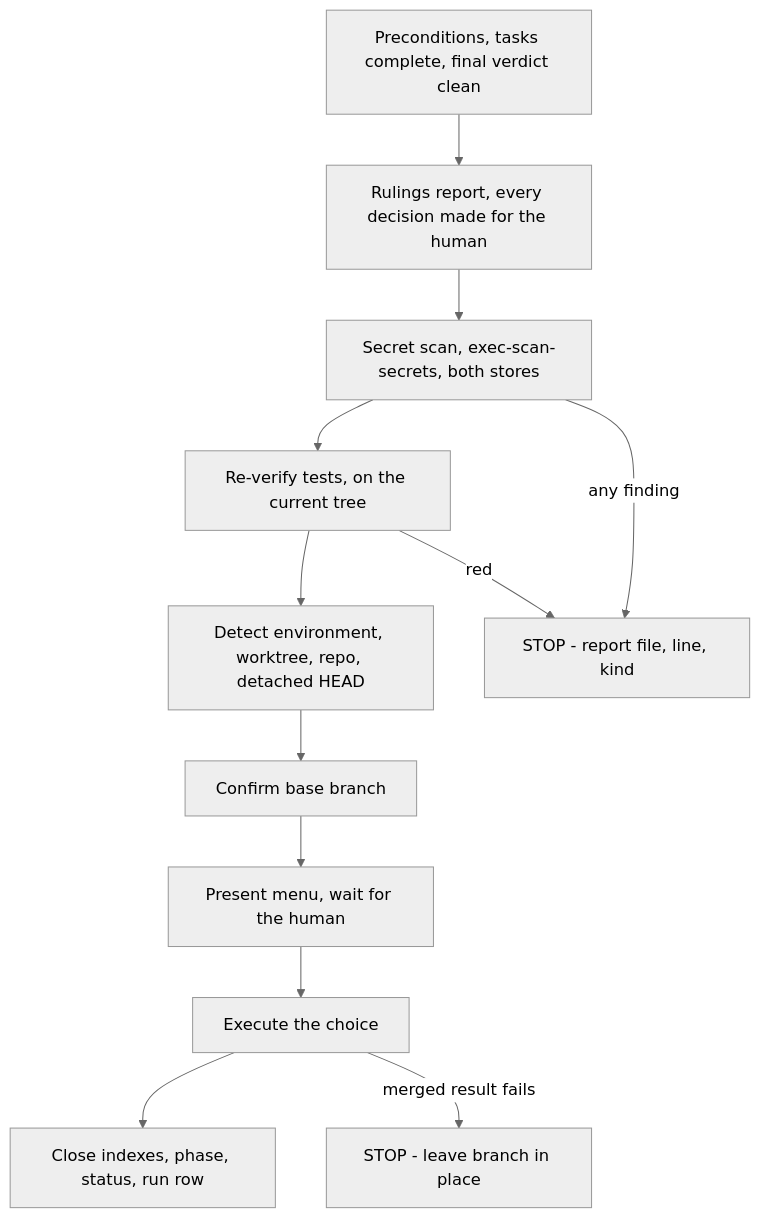
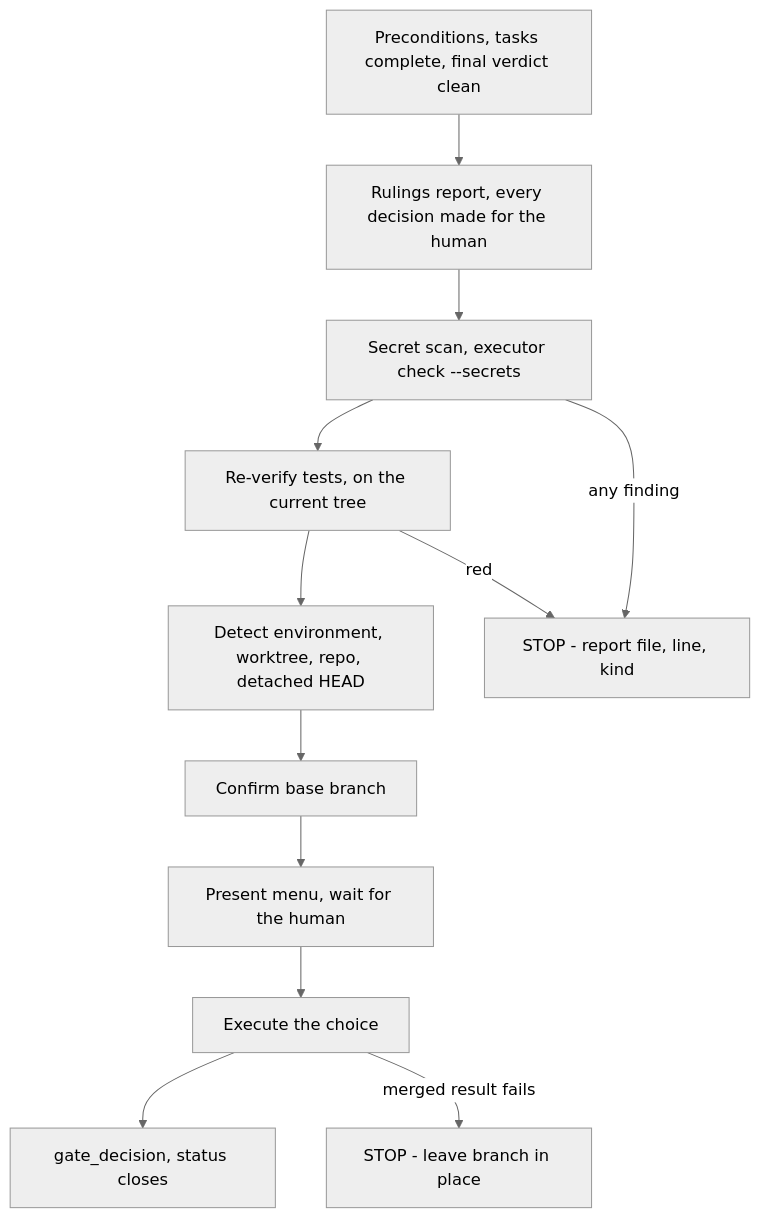
Before and after one commit to Atri10/executor: the diagram in skills/executor-handoff/SKILL.md, drawn with Mermaid (neutral theme). The commit also changed other lines of this file and 40 other files, not shown here.

````diff
--- a/skills/executor-handoff/SKILL.md
+++ b/skills/executor-handoff/SKILL.md
@@ -23,14 +21,14 @@
 ```mermaid
 flowchart TB
     P["Preconditions, tasks complete, final verdict clean"] --> R["Rulings report, every decision made for the human"]
-    R --> S["Secret scan, exec-scan-secrets, both stores"]
+    R --> S["Secret scan, executor check --secrets"]
     S --> V["Re-verify tests, on the current tree"]
     V --> E["Detect environment, worktree, repo, detached HEAD"]
     E --> B["Confirm base branch"]
     B --> M["Present menu, wait for the human"]
     M --> X["Execute the choice"]
-    X --> C["Close indexes, phase, status, run row"]
+    X --> C["gate_decision, status closes"]
     S -->|"any finding"| STOP["STOP - report file, line, kind"]
     V -->|"red"| STOP
     X -->|"merged result fails"| STOP2["STOP - leave branch in place"]
 ```
````
